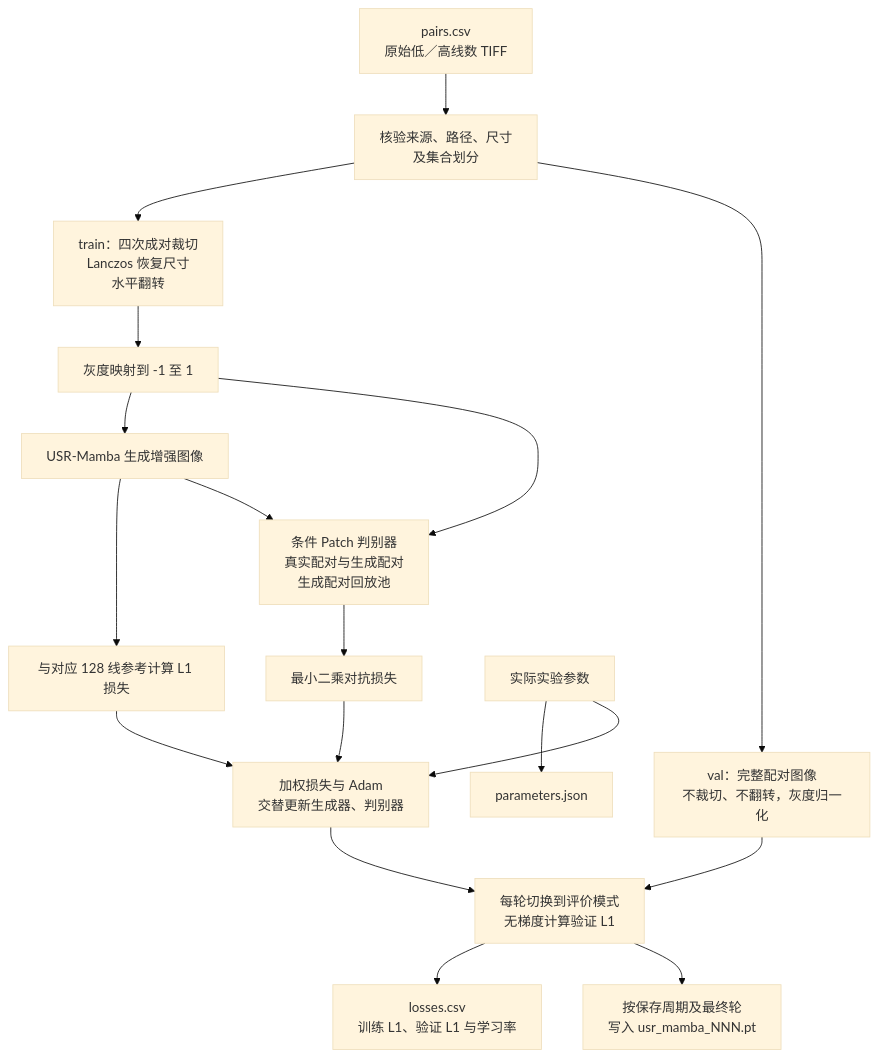
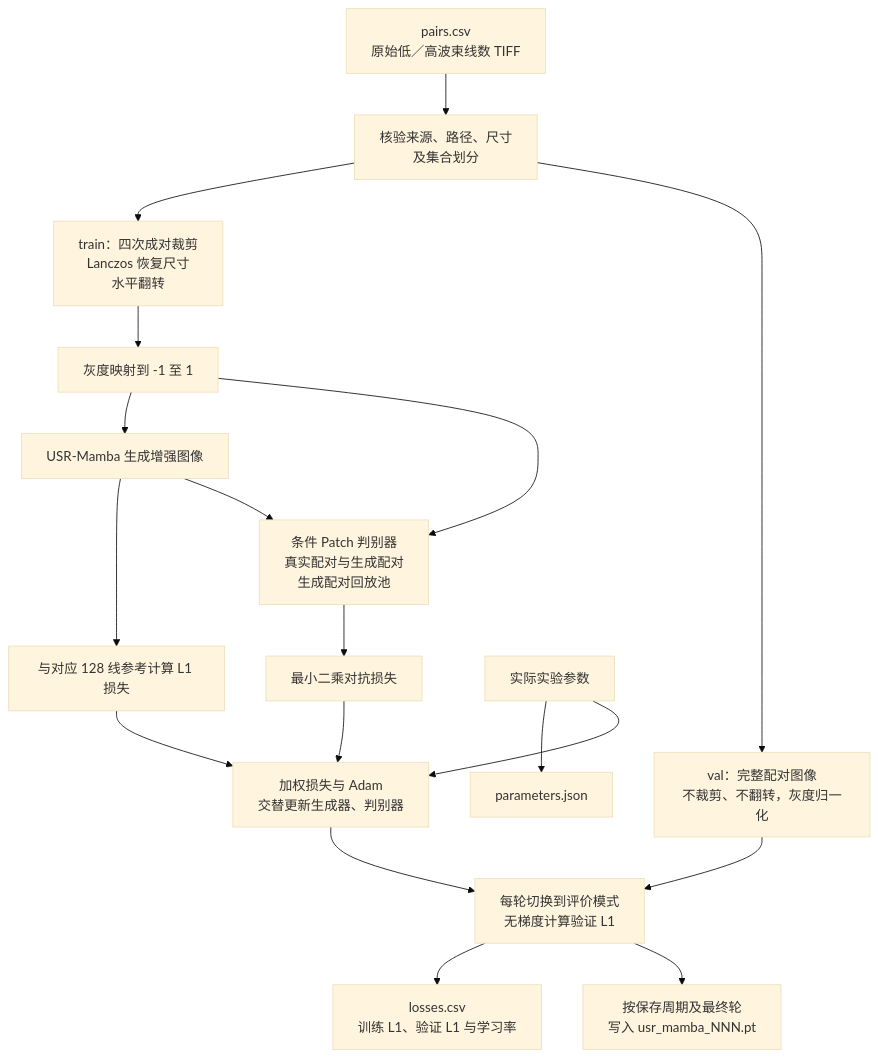
Before and after one commit to LumaVistaLab/hevc-ksvd-mamba-for-ultrasound: the fifth of 7 diagrams in README_zh-CN.md, drawn with Mermaid (base theme). The commit also changed other lines of this file and 2 other files, not shown here.

````diff
--- a/README_zh-CN.md
+++ b/README_zh-CN.md
@@ -476,20 +478,20 @@
 ```mermaid
 flowchart TD
-    Manifest["pairs.csv<br/>原始低／高线数 TIFF"] --> Check["核验来源、路径、尺寸<br/>及集合划分"]
-    Check --> Train["train：四次成对裁切<br/>Lanczos 恢复尺寸<br/>水平翻转"]
+    Manifest["pairs.csv<br/>原始低／高波束线数 TIFF"] --> Check["核验来源、路径、尺寸<br/>及集合划分"]
+    Check --> Train["train：四次成对裁剪<br/>Lanczos 恢复尺寸<br/>水平翻转"]
     Train --> Normalize["灰度映射到 -1 至 1"]
     Normalize --> Generator["USR-Mamba 生成增强图像"]
     Generator --> L1["与对应 128 线参考计算 L1 损失"]
     Normalize --> Discriminator["条件 Patch 判别器<br/>真实配对与生成配对<br/>生成配对回放池"]
     Generator --> Discriminator
     Discriminator --> Adversarial["最小二乘对抗损失"]
     L1 --> Update["加权损失与 Adam<br/>交替更新生成器、判别器"]
     Adversarial --> Update
-    Check --> Validation["val：完整配对图像<br/>不裁切、不翻转，灰度归一化"]
+    Check --> Validation["val：完整配对图像<br/>不裁剪、不翻转，灰度归一化"]
     Update --> Validate["每轮切换到评价模式<br/>无梯度计算验证 L1"]
     Validation --> Validate
     Validate --> Logs["losses.csv<br/>训练 L1、验证 L1 与学习率"]
     Validate --> Save["按保存周期及最终轮<br/>写入 usr_mamba_NNN.pt"]
     Parameters["实际实验参数"] --> Config["parameters.json"]
     Parameters --> Update
 ```
````
